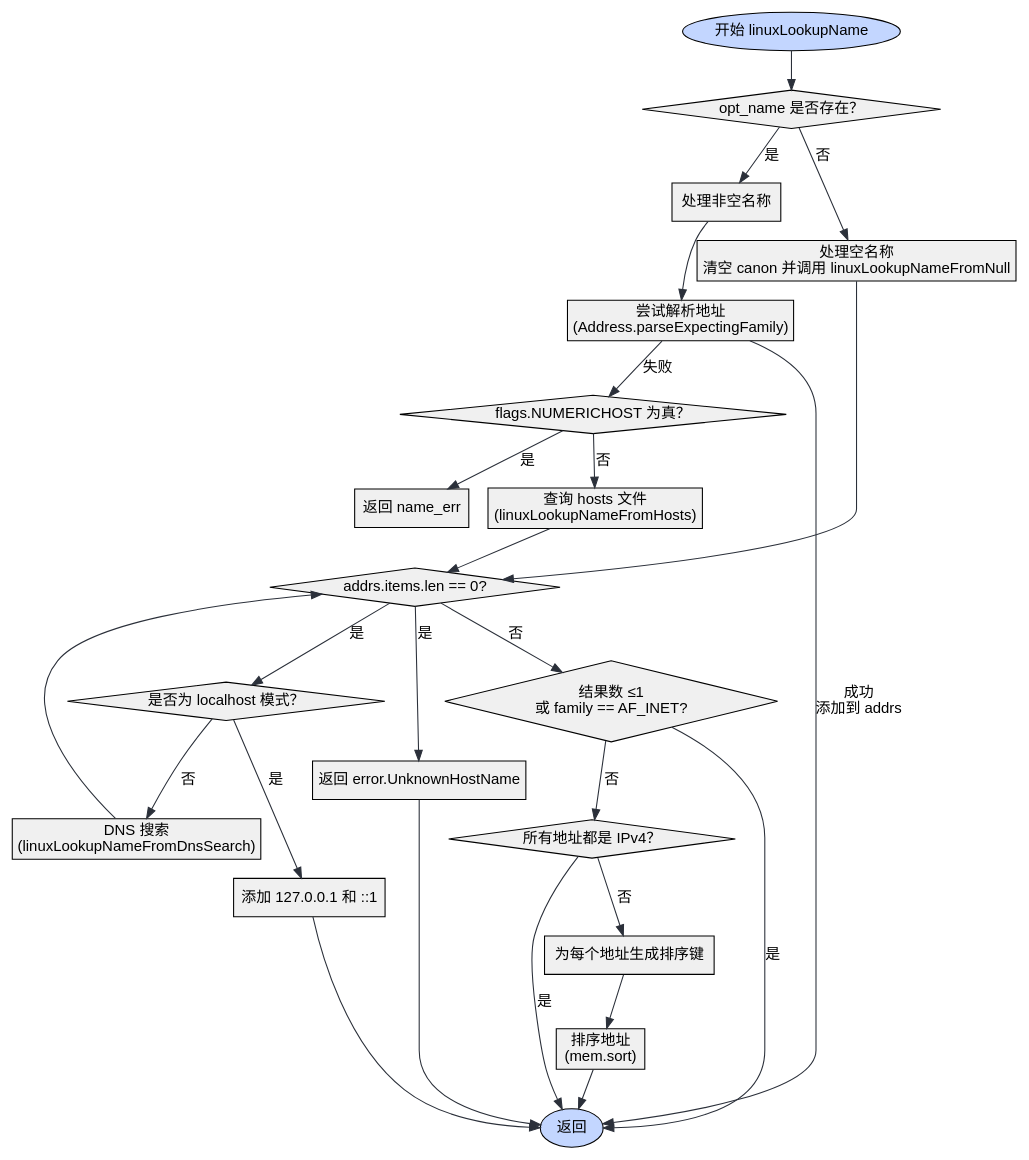
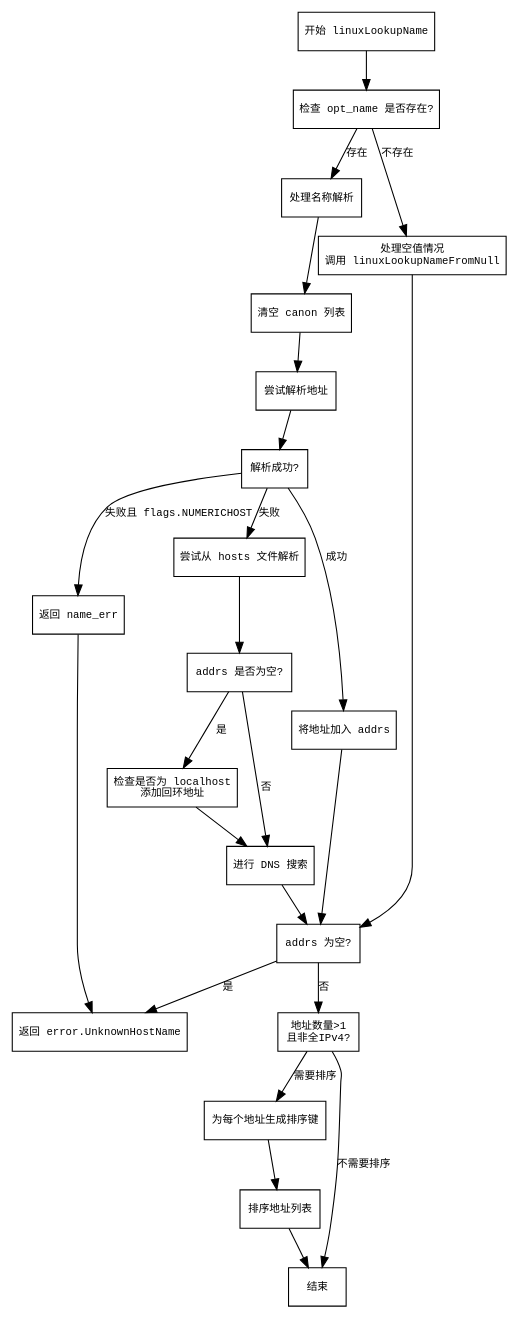
The diagram in dot_std/net.zig.linuxLookupName.md (sdzx-1/deepseek-zig-reader), drawn with Graphviz before and after one commit. The commit also changed other lines of this file and 236 other files, not shown here.

````diff
--- a/dot_std/net.zig.linuxLookupName.md
+++ b/dot_std/net.zig.linuxLookupName.md
@@ -44,65 +30,58 @@
 ```dot
-digraph flowchart {
-    node [shape=rectangle, fontname="Arial", style=filled, fillcolor="#f0f0f0"];
-    edge [fontname="Arial", color="#2B303A"];
+digraph linuxLookupName {
+    node [shape=rectangle, fontname="Courier", fontsize=10];
+    edge [fontname="Courier", fontsize=10];
 
-    start [label="开始 linuxLookupName", shape=ellipse, fillcolor="#c3d6ff"];
-    check_opt_name [label="opt_name 是否存在？", shape=diamond];
-    handle_name [label="处理非空名称"];
-    parse_address [label="尝试解析地址\n(Address.parseExpectingFamily)"];
-    check_numerichost [label="flags.NUMERICHOST 为真？", shape=diamond];
-    return_error [label="返回 name_err", shape=rectangle];
-    query_hosts [label="查询 hosts 文件\n(linuxLookupNameFromHosts)"];
-    check_localhost [label="是否为 localhost 模式？", shape=diamond];
-    add_localhost_ips [label="添加 127.0.0.1 和 ::1"];
-    dns_search [label="DNS 搜索\n(linuxLookupNameFromDnsSearch)"];
-    handle_null [label="处理空名称\n清空 canon 并调用 linuxLookupNameFromNull"];
-    check_addrs_empty [label="addrs.items.len == 0?", shape=diamond];
-    error_unknown_host [label="返回 error.UnknownHostName", shape=rectangle];
-    check_single_or_ipv4 [label="结果数 ≤1\n或 family == AF_INET?", shape=diamond];
-    check_all_ipv4 [label="所有地址都是 IPv4？", shape=diamond];
-    generate_sort_keys [label="为每个地址生成排序键"];
-    sort_addresses [label="排序地址\n(mem.sort)"];
-    end [label="返回", shape=ellipse, fillcolor="#c3d6ff"];
+    start [label="开始 linuxLookupName"];
+    check_opt_name [label="检查 opt_name 是否存在?"];
+    handle_name [label="处理名称解析"];
+    clear_canon [label="清空 canon 列表"];
+    try_parse_addr [label="尝试解析地址"];
+    parse_success [label="解析成功?"];
+    handle_numrichost [label="返回 name_err"];
+    check_hosts [label="尝试从 hosts 文件解析"];
+    check_empty_addrs [label="addrs 是否为空?"];
+    handle_localhost [label="检查是否为 localhost\n添加回环地址"];
+    dns_search [label="进行 DNS 搜索"];
+    handle_null [label="处理空值情况\n调用 linuxLookupNameFromNull"];
+    check_addrs_empty [label="addrs 为空?"];
+    error_unknown_host [label="返回 error.UnknownHostName"];
+    check_sort_need [label="地址数量>1\n且非全IPv4?"];
+    generate_sortkey [label="为每个地址生成排序键"];
+    sort_addrs [label="排序地址列表"];
+    end [label="结束"];
 
     start -> check_opt_name;
 
-    check_opt_name -> handle_name [label="是"];
-    check_opt_name -> handle_null [label="否"];
+    check_opt_name -> handle_name [label="存在"];
+    check_opt_name -> handle_null [label="不存在"];
 
-    handle_name -> parse_address;
-    parse_address -> check_numerichost [label="失败"];
-    parse_address -> end [label="成功\n添加到 addrs"];
+    handle_name -> clear_canon;
+    clear_canon -> try_parse_addr;
+    try_parse_addr -> parse_success;
+    parse_success -> check_hosts [label="失败"];
+    parse_success -> add_addr [label="成功"];
+    add_addr [label="将地址加入 addrs"];
+    add_addr -> check_addrs_empty;
 
-    check_numerichost -> return_error [label="是"];
-    check_numerichost -> query_hosts [label="否"];
+    parse_success -> handle_numrichost [label="失败且 flags.NUMERICHOST"];
+    handle_numrichost -> error_unknown_host;
 
-    query_hosts -> check_addrs_empty;
-    check_addrs_empty -> check_localhost [label="是"];
-    check_addrs_empty -> check_single_or_ipv4 [label="否"];
-
-    check_localhost -> add_localhost_ips [label="是"];
-    check_localhost -> dns_search [label="否"];
-    add_localhost_ips -> end;
+    check_hosts -> check_empty_addrs;
+    check_empty_addrs -> handle_localhost [label="是"];
+    check_empty_addrs -> dns_search [label="否"];
+    handle_localhost -> dns_search;
     dns_search -> check_addrs_empty;
 
     handle_null -> check_addrs_empty;
 
     check_addrs_empty -> error_unknown_host [label="是"];
-    error_unknown_host -> end;
+    check_addrs_empty -> check_sort_need [label="否"];
 
-    check_single_or_ipv4 -> end [label="是"];
-    check_single_or_ipv4 -> check_all_ipv4 [label="否"];
+    check_sort_need -> generate_sortkey [label="需要排序"];
+    check_sort_need -> end [label="不需要排序"];
 
-    check_all_ipv4 -> end [label="是"];
-    check_all_ipv4 -> generate_sort_keys [label="否"];
-
-    generate_sort_keys -> sort_addresses;
-    sort_addresses -> end;
-
-    // 隐藏箭头保持布局整洁
-    edge [style=invis];
-    return_error -> check_addrs_empty;
-    dns_search -> check_localhost;
+    generate_sortkey -> sort_addrs;
+    sort_addrs -> end;
 }
 ```
````
